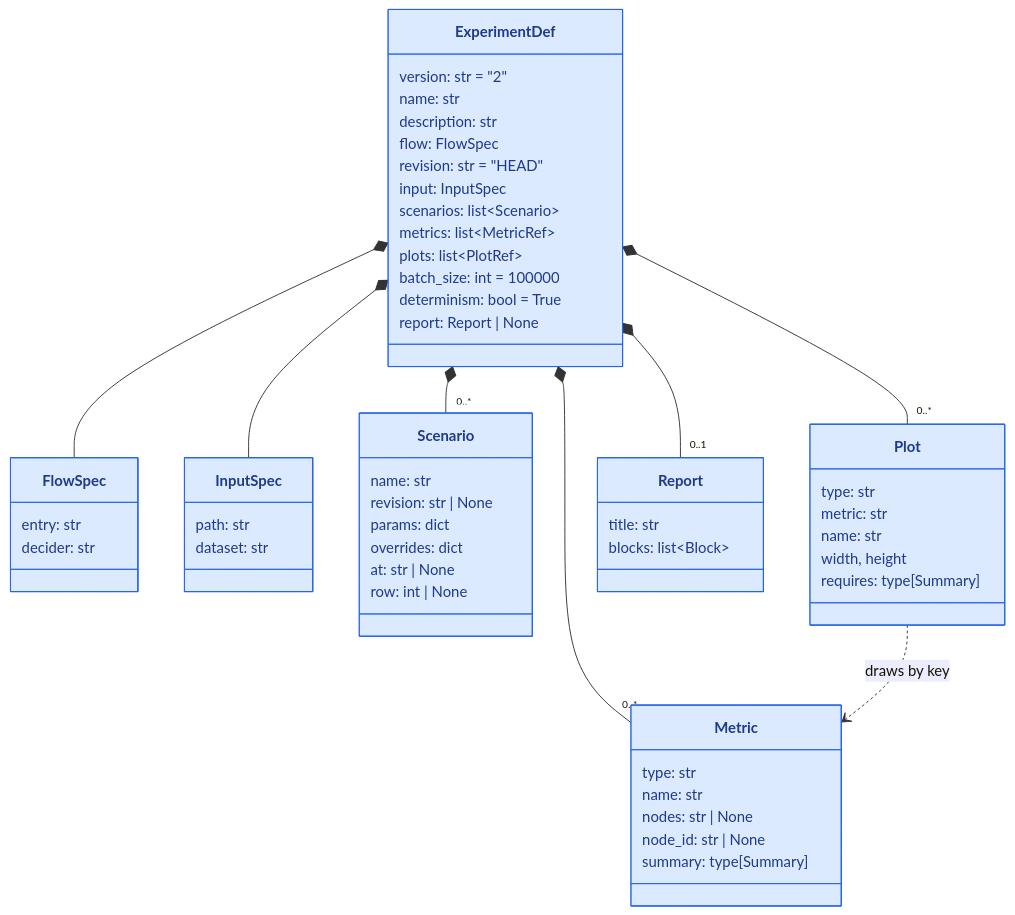
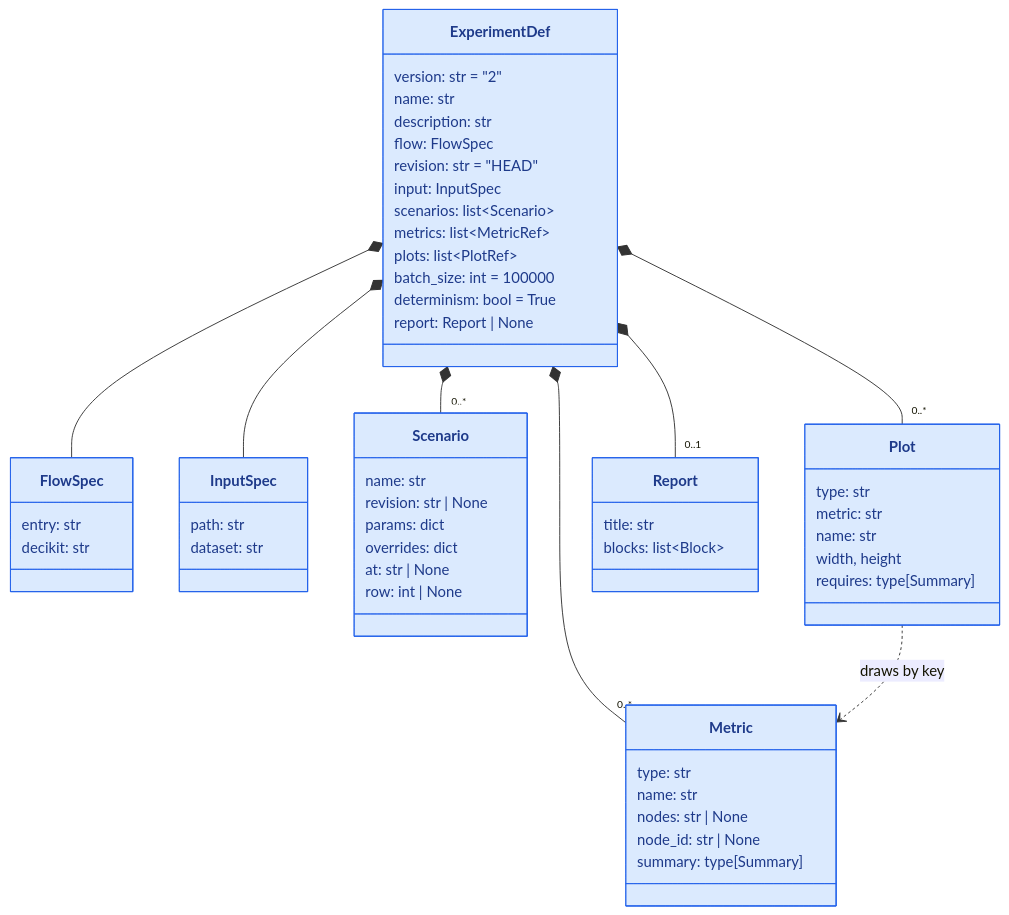
The second of 6 diagrams in docs/architecture/lab/experiments.md (capitec/dsp-decision-engine), drawn with Mermaid before and after one commit. The commit also changed other lines of this file and 1292 other files, not shown here.

Commit message:
rename decider to decikit: package, CLI, DECIKIT_* settings, plugin, extension, docs prose says decider toolkit

````diff
--- a/docs/architecture/lab/experiments.md
+++ b/docs/architecture/lab/experiments.md
@@ -55,65 +55,65 @@
 ```mermaid
 classDiagram
     class ExperimentDef {
         version: str = "2"
         name: str
         description: str
         flow: FlowSpec
         revision: str = "HEAD"
         input: InputSpec
         scenarios: list~Scenario~
         metrics: list~MetricRef~
         plots: list~PlotRef~
         batch_size: int = 100000
         determinism: bool = True
         report: Report | None
     }
     class FlowSpec {
         entry: str
-        decider: str
+        decikit: str
     }
     class InputSpec {
         path: str
         dataset: str
     }
     class Scenario {
         name: str
         revision: str | None
         params: dict
         overrides: dict
         at: str | None
         row: int | None
     }
     class Metric {
         type: str
         name: str
         nodes: str | None
         node_id: str | None
         summary: type[Summary]
     }
     class Plot {
         type: str
         metric: str
         name: str
         width, height
         requires: type[Summary]
     }
     class Report {
         title: str
         blocks: list~Block~
     }
     ExperimentDef *-- FlowSpec
     ExperimentDef *-- InputSpec
     ExperimentDef *-- "0..*" Scenario
     ExperimentDef *-- "0..*" Metric
     ExperimentDef *-- "0..*" Plot
     ExperimentDef *-- "0..1" Report
     Plot ..> Metric : draws by key
     style ExperimentDef fill:#dbeafe,stroke:#2563eb,color:#1e3a8a
     style FlowSpec fill:#dbeafe,stroke:#2563eb,color:#1e3a8a
     style InputSpec fill:#dbeafe,stroke:#2563eb,color:#1e3a8a
     style Scenario fill:#dbeafe,stroke:#2563eb,color:#1e3a8a
     style Metric fill:#dbeafe,stroke:#2563eb,color:#1e3a8a
     style Plot fill:#dbeafe,stroke:#2563eb,color:#1e3a8a
     style Report fill:#dbeafe,stroke:#2563eb,color:#1e3a8a
 ```
````
